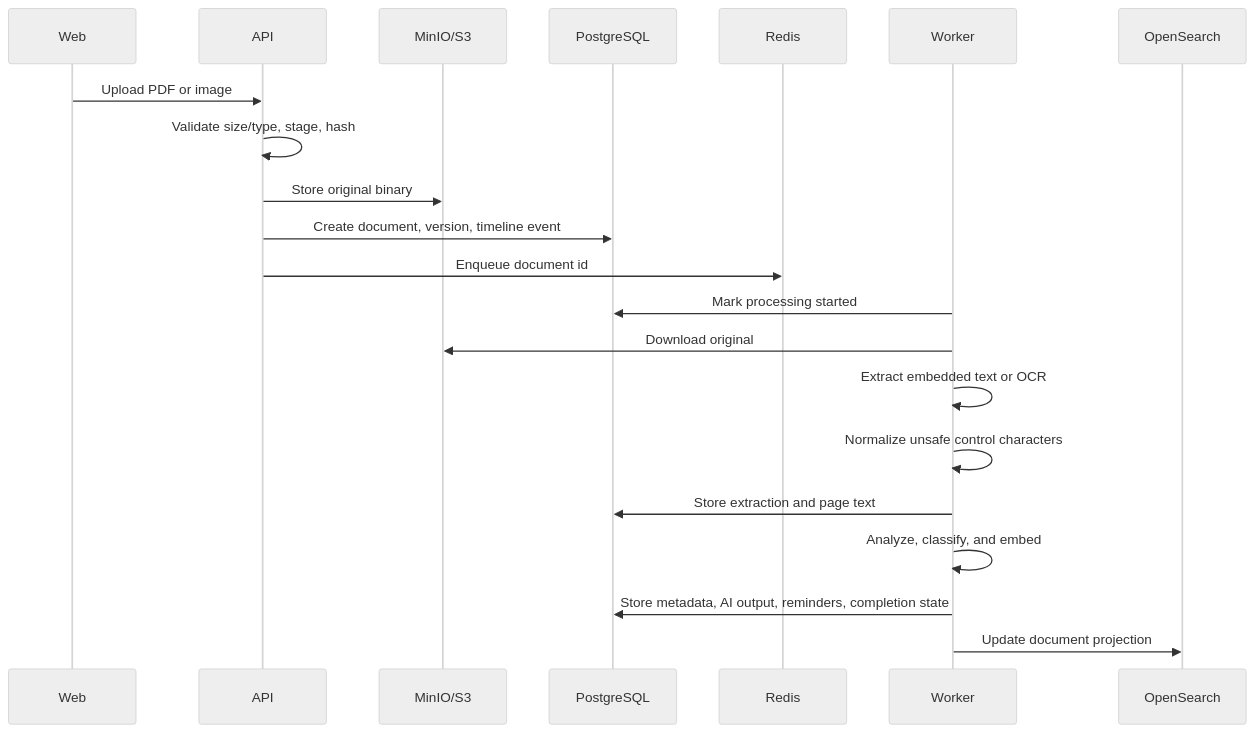
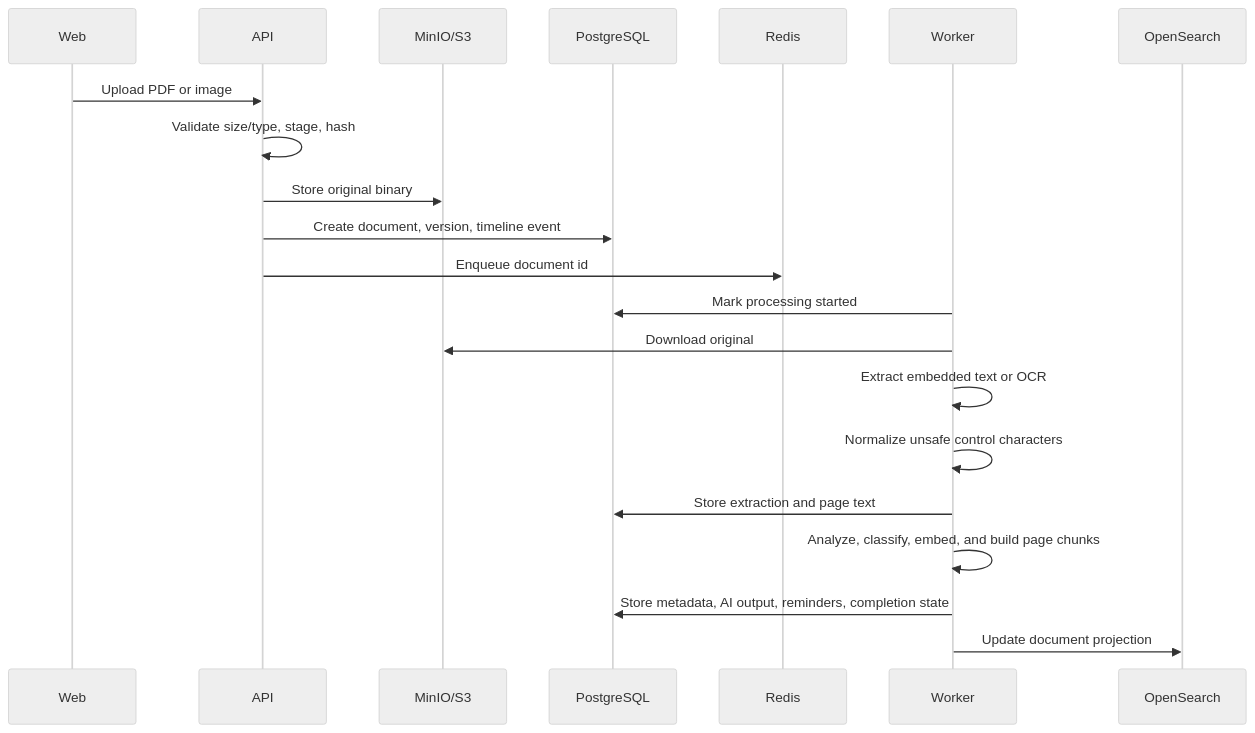
Before and after one commit to harish2k01/papervault: the second of 2 diagrams in docs/architecture.md, drawn with Mermaid (neutral theme). The commit also changed other lines of this file and 24 other files, not shown here.

````diff
--- a/docs/architecture.md
+++ b/docs/architecture.md
@@ -48,24 +49,24 @@
 ```mermaid
 sequenceDiagram
   participant Web
   participant API
   participant Storage as MinIO/S3
   participant DB as PostgreSQL
   participant Redis
   participant Worker
   participant Search as OpenSearch
 
   Web->>API: Upload PDF or image
   API->>API: Validate size/type, stage, hash
   API->>Storage: Store original binary
   API->>DB: Create document, version, timeline event
   API->>Redis: Enqueue document id
   Worker->>DB: Mark processing started
   Worker->>Storage: Download original
   Worker->>Worker: Extract embedded text or OCR
   Worker->>Worker: Normalize unsafe control characters
   Worker->>DB: Store extraction and page text
-  Worker->>Worker: Analyze, classify, and embed
+  Worker->>Worker: Analyze, classify, embed, and build page chunks
   Worker->>DB: Store metadata, AI output, reminders, completion state
   Worker->>Search: Update document projection
 ```
````
